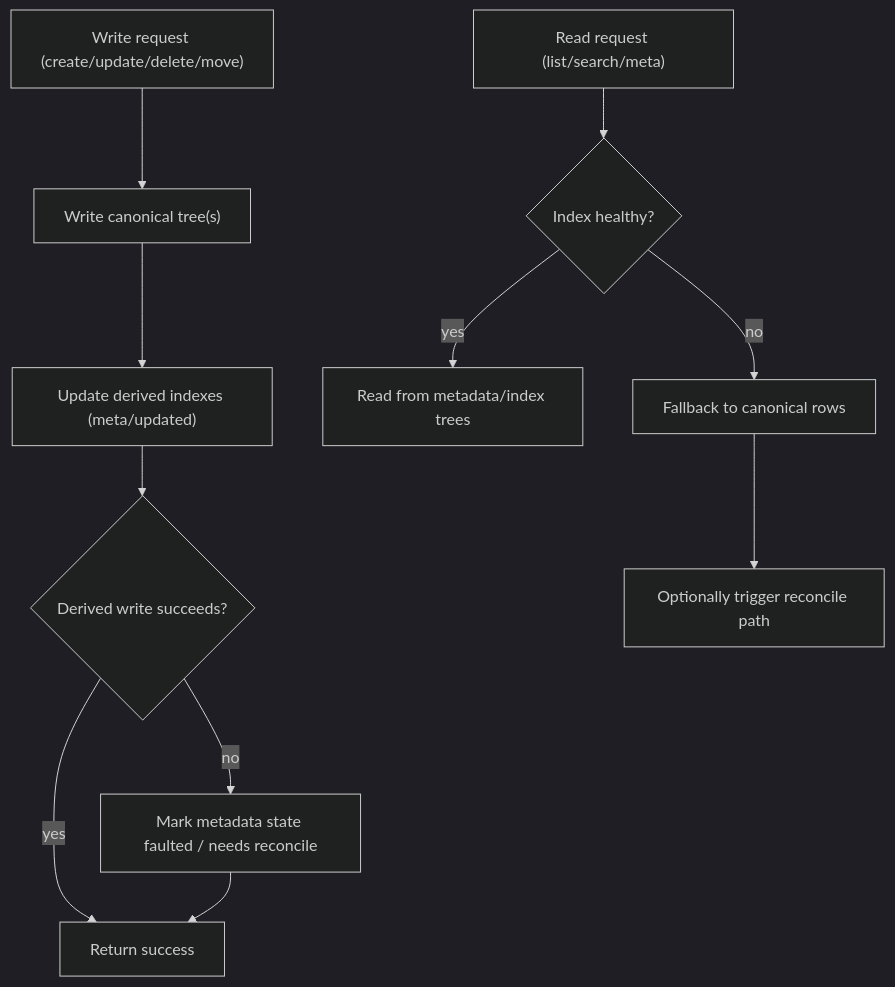
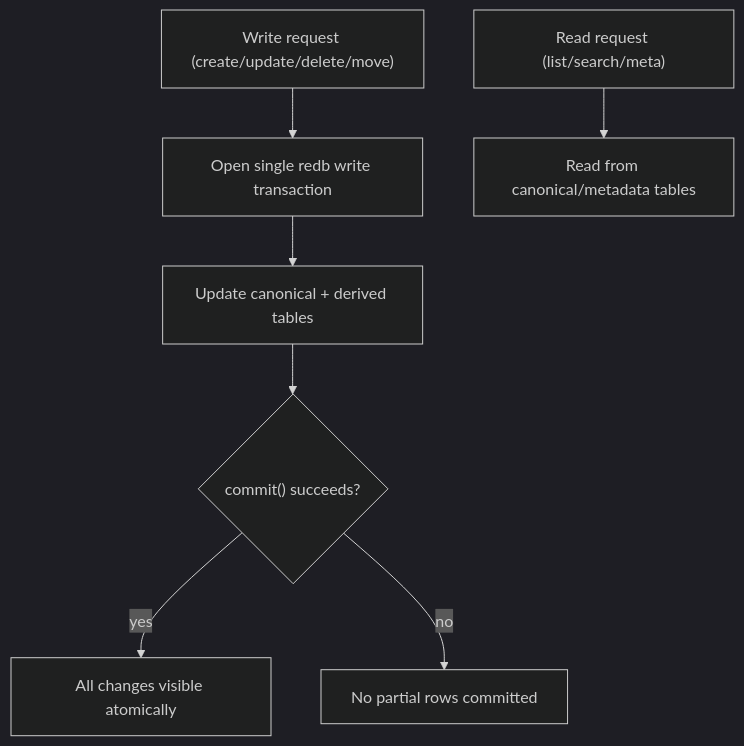
Before and after one commit to pszemraj/localpaste.rs: the third of 4 diagrams in docs/architecture.md, drawn with Mermaid (dark theme). The commit also changed other lines of this file and 47 other files, not shown here.

````diff
--- a/docs/architecture.md
+++ b/docs/architecture.md
@@ -136,14 +137,10 @@
 ```mermaid
 flowchart TD
-    W["Write request (create/update/delete/move)"] --> C["Write canonical tree(s)"]
-    C --> D["Update derived indexes (meta/updated)"]
-    D --> E{"Derived write succeeds?"}
-    E -- yes --> OK["Return success"]
-    E -- no --> M["Mark metadata state faulted / needs reconcile"]
-    M --> OK
+    W["Write request (create/update/delete/move)"] --> T["Open single redb write transaction"]
+    T --> C["Update canonical + derived tables"]
+    C --> K{"commit() succeeds?"}
+    K -- yes --> OK["All changes visible atomically"]
+    K -- no --> ABORT["No partial rows committed"]
 
-    R["Read request (list/search/meta)"] --> H{"Index healthy?"}
-    H -- yes --> I["Read from metadata/index trees"]
-    H -- no --> F["Fallback to canonical rows"]
-    F --> Q["Optionally trigger reconcile path"]
+    R["Read request (list/search/meta)"] --> I["Read from canonical/metadata tables"]
 ```
````
